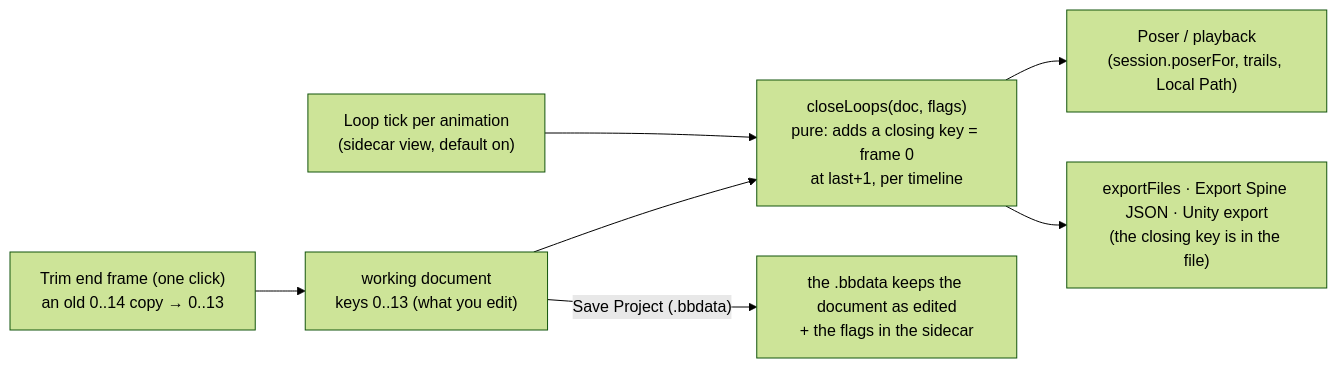
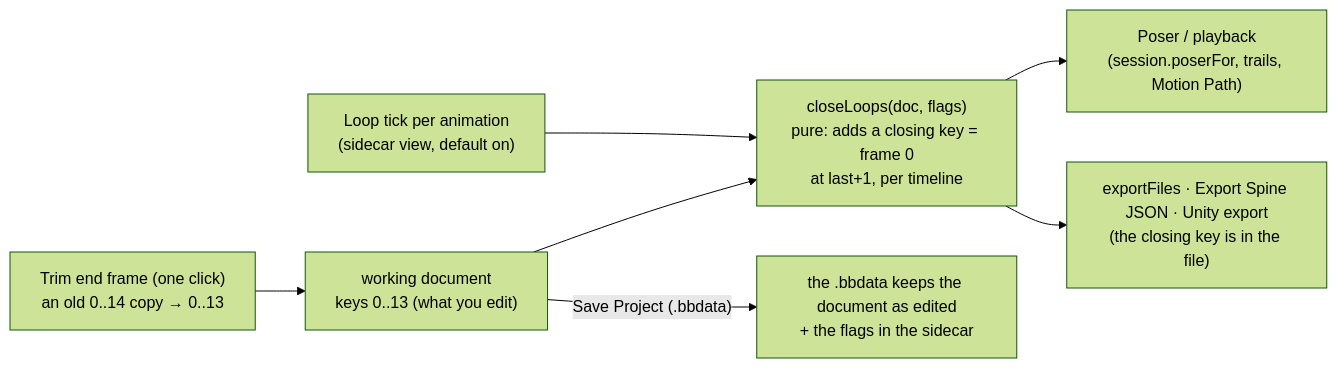
Before and after one commit to 12pnp/M0-Animation-2D: the diagram in Editor-BoneBurst-Src/docs/LOOP-PLAN.md, drawn with Mermaid (forest theme). The commit also changed other lines of this file and 19 other files, not shown here.

Commit message:
BoneBurst Editor v2: rename the Local Path panel to Motion Path

````diff
--- a/Editor-BoneBurst-Src/docs/LOOP-PLAN.md
+++ b/Editor-BoneBurst-Src/docs/LOOP-PLAN.md
@@ -17,9 +17,9 @@
 ```mermaid
 flowchart LR
     DOC["working document<br/>keys 0..13 (what you edit)"] --> CLOSE["closeLoops(doc, flags)<br/>pure: adds a closing key = frame 0<br/>at last+1, per timeline"]
     FLAG["Loop tick per animation<br/>(sidecar view, default on)"] --> CLOSE
-    CLOSE --> POSER["Poser / playback<br/>(session.poserFor, trails, Local Path)"]
+    CLOSE --> POSER["Poser / playback<br/>(session.poserFor, trails, Motion Path)"]
     CLOSE --> EXPORT["exportFiles · Export Spine JSON · Unity export<br/>(the closing key is in the file)"]
     DOC -->|"Save Project (.bbdata)"| KEEP["the .bbdata keeps the document as edited<br/>+ the flags in the sidecar"]
     TRIM["Trim end frame (one click)<br/>an old 0..14 copy → 0..13"] --> DOC
 ```
````
